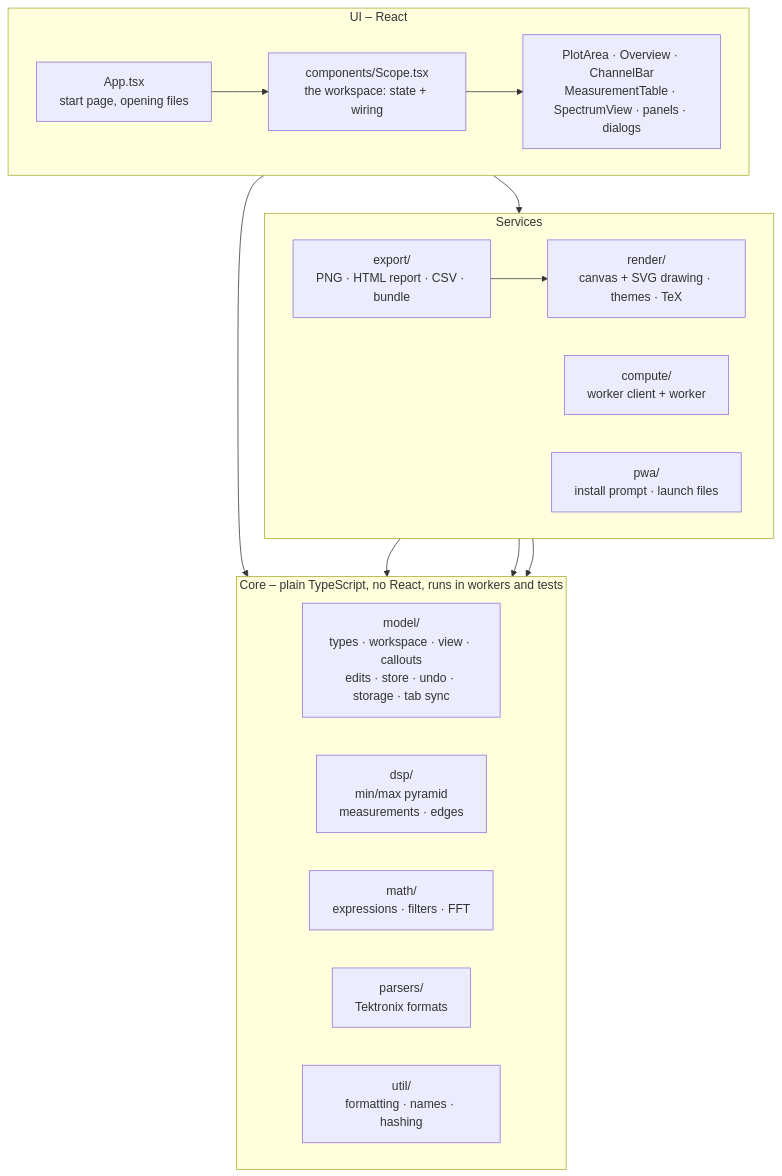
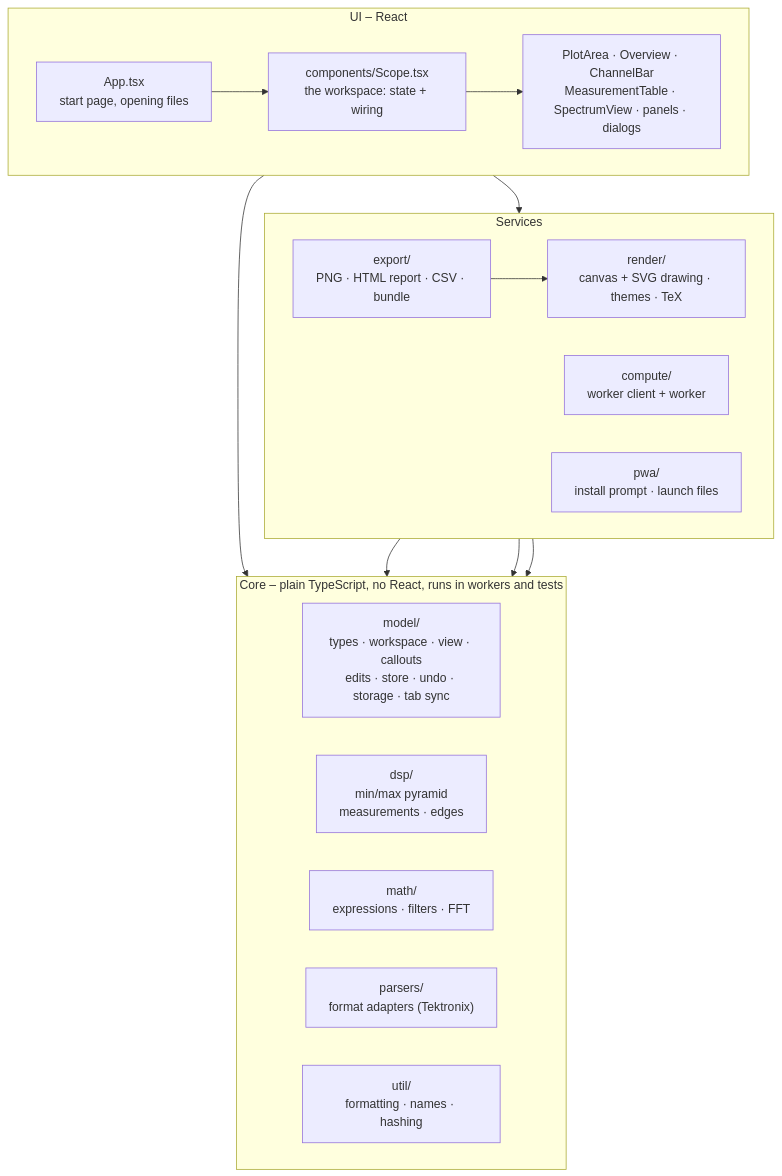
Before and after one commit to TeodorSameisky/SCOPE_VIEWER: the first of 4 diagrams in docs/architecture.md, drawn with Mermaid. The commit also changed other lines of this file and 49 other files, not shown here.

````diff
--- a/docs/architecture.md
+++ b/docs/architecture.md
@@ -33,34 +33,34 @@
 ```mermaid
 flowchart TB
   subgraph UI["UI – React"]
     direction LR
     App["App.tsx<br/>start page, opening files"]
     Scope["components/Scope.tsx<br/>the workspace: state + wiring"]
     Parts["PlotArea · Overview · ChannelBar<br/>MeasurementTable · SpectrumView · panels · dialogs"]
     App --> Scope --> Parts
   end
 
   subgraph Services["Services"]
     direction LR
     Export["export/<br/>PNG · HTML report · CSV · bundle"]
     Render["render/<br/>canvas + SVG drawing · themes · TeX"]
     Compute["compute/<br/>worker client + worker"]
     Pwa["pwa/<br/>install prompt · launch files"]
   end
 
   subgraph Core["Core – plain TypeScript, no React, runs in workers and tests"]
     direction LR
     Model["model/<br/>types · workspace · view · callouts<br/>edits · store · undo · storage · tab sync"]
     Dsp["dsp/<br/>min/max pyramid<br/>measurements · edges"]
     Math["math/<br/>expressions · filters · FFT"]
-    Parsers["parsers/<br/>Tektronix formats"]
+    Parsers["parsers/<br/>format adapters (Tektronix)"]
     Util["util/<br/>formatting · names · hashing"]
   end
 
   UI --> Services
   UI --> Core
   Services --> Core
   Export --> Render
   Compute --> Dsp
   Compute --> Math
 ```
````
